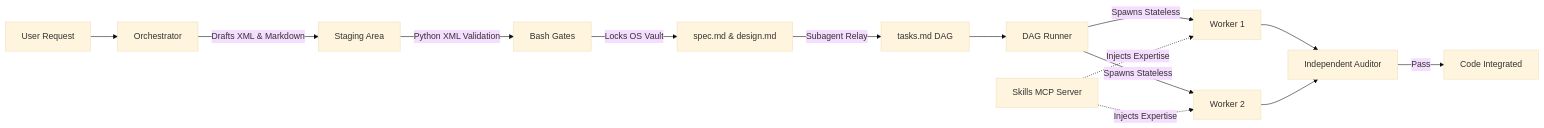
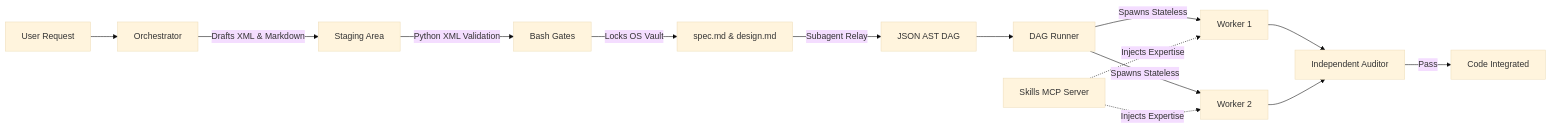
Before and after one commit to guilhermejorgee/dag-flow: the first of 2 diagrams in README.md, drawn with Mermaid (base theme). The commit also changed other lines of this file and 104 other files, not shown here.

````diff
--- a/README.md
+++ b/README.md
@@ -27,16 +27,16 @@
 ```mermaid
 graph LR
     A[User Request] --> B[Orchestrator]
     B -->|Drafts XML & Markdown| SA[Staging Area]
     SA -->|Python XML Validation| BG[Bash Gates]
     BG -->|Locks OS Vault| S[spec.md & design.md]
-    S -->|Subagent Relay| C[tasks.md DAG]
+    S -->|Subagent Relay| C[JSON AST DAG]
     C --> D[DAG Runner]
     D -->|Spawns Stateless| E[Worker 1]
     D -->|Spawns Stateless| F[Worker 2]
     I[Skills MCP Server] -.->|Injects Expertise| E
     I -.->|Injects Expertise| F
     E --> G[Independent Auditor]
     F --> G
     G -->|Pass| H[Code Integrated]
 ```
````
